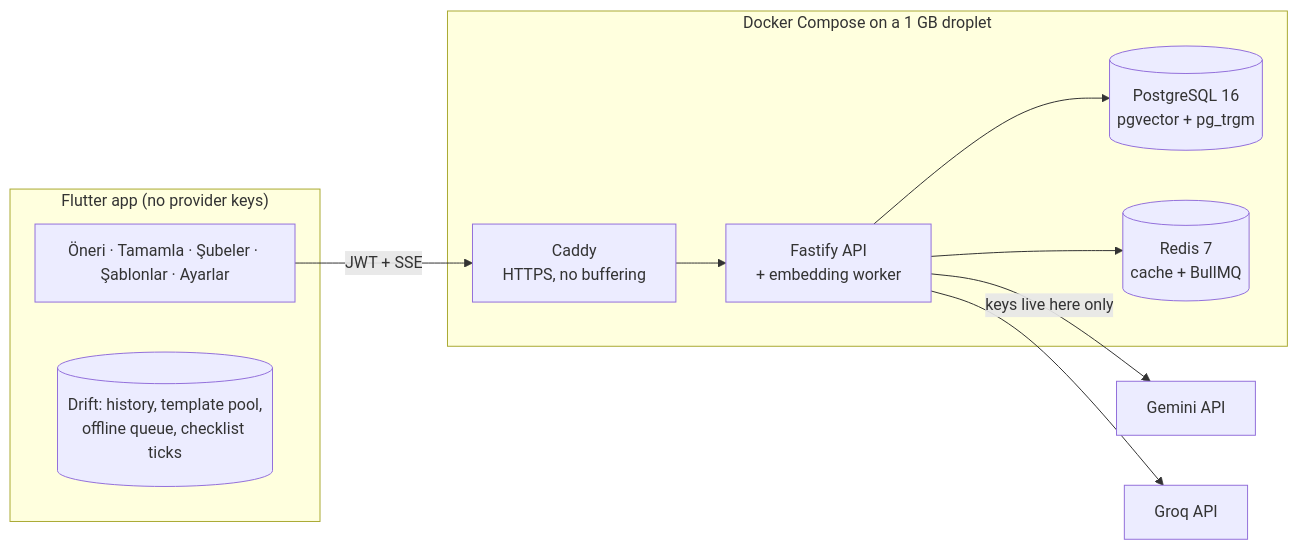
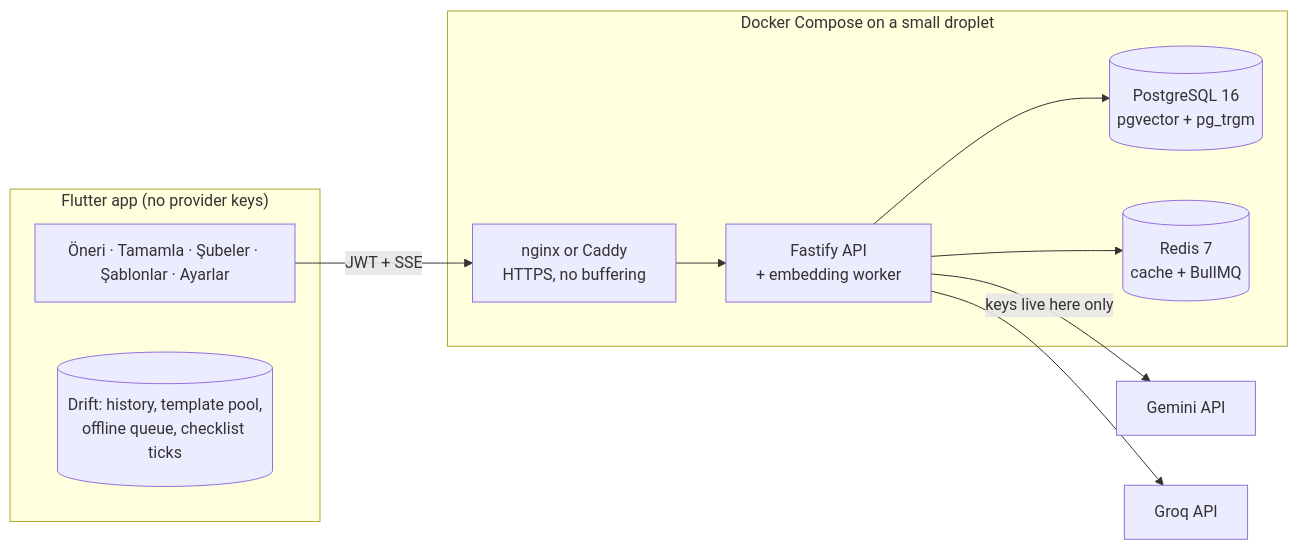
The diagram in README.md (bcsakalar/Menu_Kopilot), drawn with Mermaid before and after one commit. The commit also changed other lines of this file and 4 other files, not shown here.

````diff
--- a/README.md
+++ b/README.md
@@ -45,15 +49,15 @@
 ```mermaid
 flowchart LR
   subgraph Phone["Flutter app (no provider keys)"]
     UI[Öneri · Tamamla · Şubeler · Şablonlar · Ayarlar]
     Local[(Drift: history, template pool,<br/>offline queue, checklist ticks)]
   end
-  subgraph VPS["Docker Compose on a 1 GB droplet"]
-    Caddy[Caddy<br/>HTTPS, no buffering] --> API[Fastify API<br/>+ embedding worker]
+  subgraph VPS["Docker Compose on a small droplet"]
+    Caddy[nginx or Caddy<br/>HTTPS, no buffering] --> API[Fastify API<br/>+ embedding worker]
     API --> PG[(PostgreSQL 16<br/>pgvector + pg_trgm)]
     API --> Redis[(Redis 7<br/>cache + BullMQ)]
   end
   UI -- "JWT + SSE" --> Caddy
   API -- "keys live here only" --> Gemini[Gemini API]
   API --> Groq[Groq API]
 ```
````
